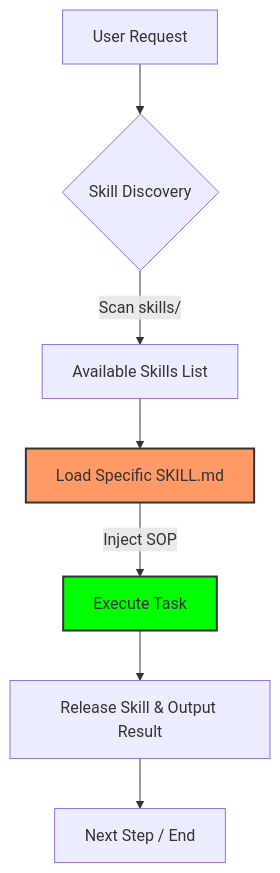
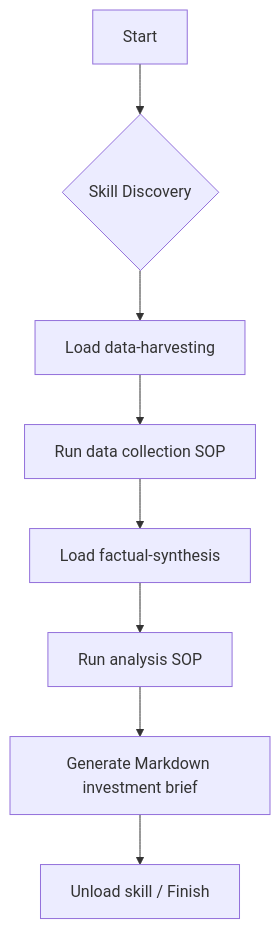
One commit to long0426/python-skill-poc changed the diagram in README.md. Above: the diagram before and after it, drawn with Mermaid. The commit also changed other lines of this file, not shown here.

````diff
--- a/README.md
+++ b/README.md
@@ -39,12 +66,10 @@
 ```mermaid
 graph TD
-    A[User Request] --> B{Skill Discovery}
-    B -- Scan skills/ --> C[Available Skills List]
-    C --> D[Load Specific SKILL.md]
-    D -- Inject SOP --> E[Execute Task]
-    E --> F[Release Skill & Output Result]
-    F --> G[Next Step / End]
-    
-    style D fill:#f96,stroke:#333,stroke-width:2px
-    style E fill:#00ff00,stroke:#333,stroke-width:2px
+    A[Start] --> B{Skill Discovery}
+    B --> C[Load data-harvesting]
+    C --> D[Run data collection SOP]
+    D --> E[Load factual-synthesis]
+    E --> F[Run analysis SOP]
+    F --> G[Generate Markdown investment brief]
+    G --> H[Unload skill / Finish]
 ```
````
